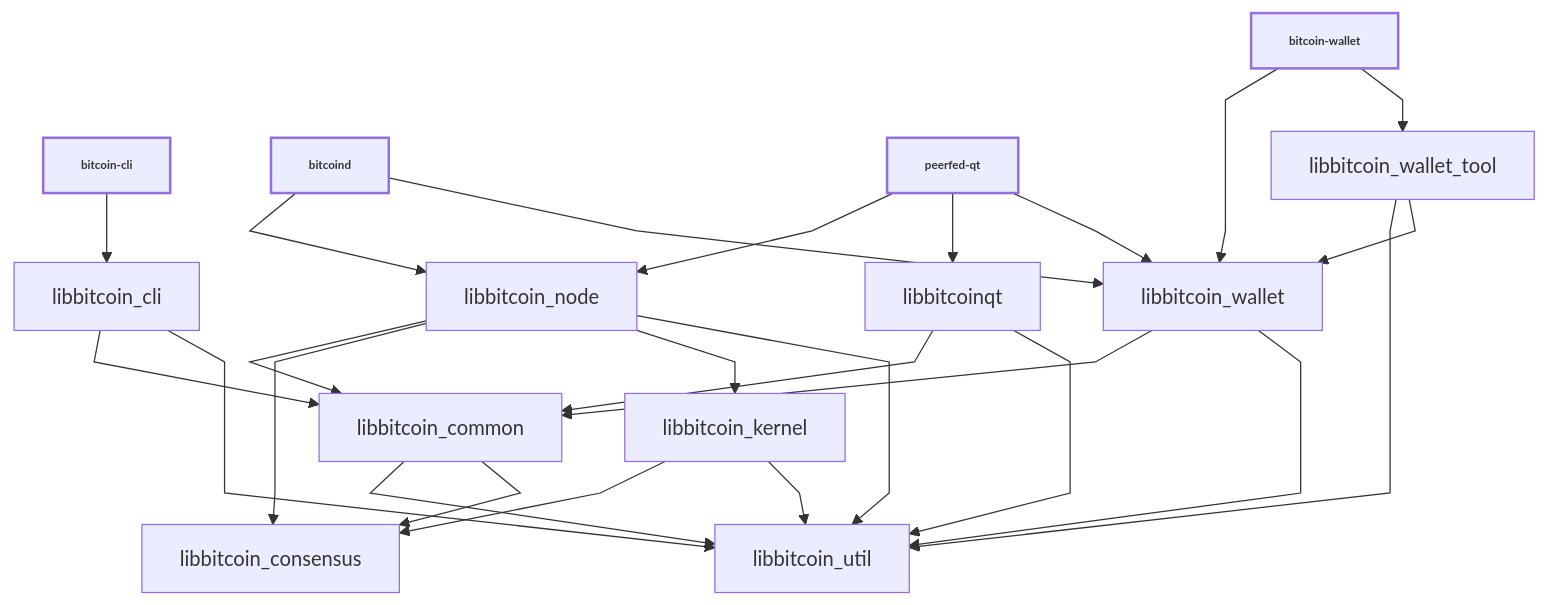
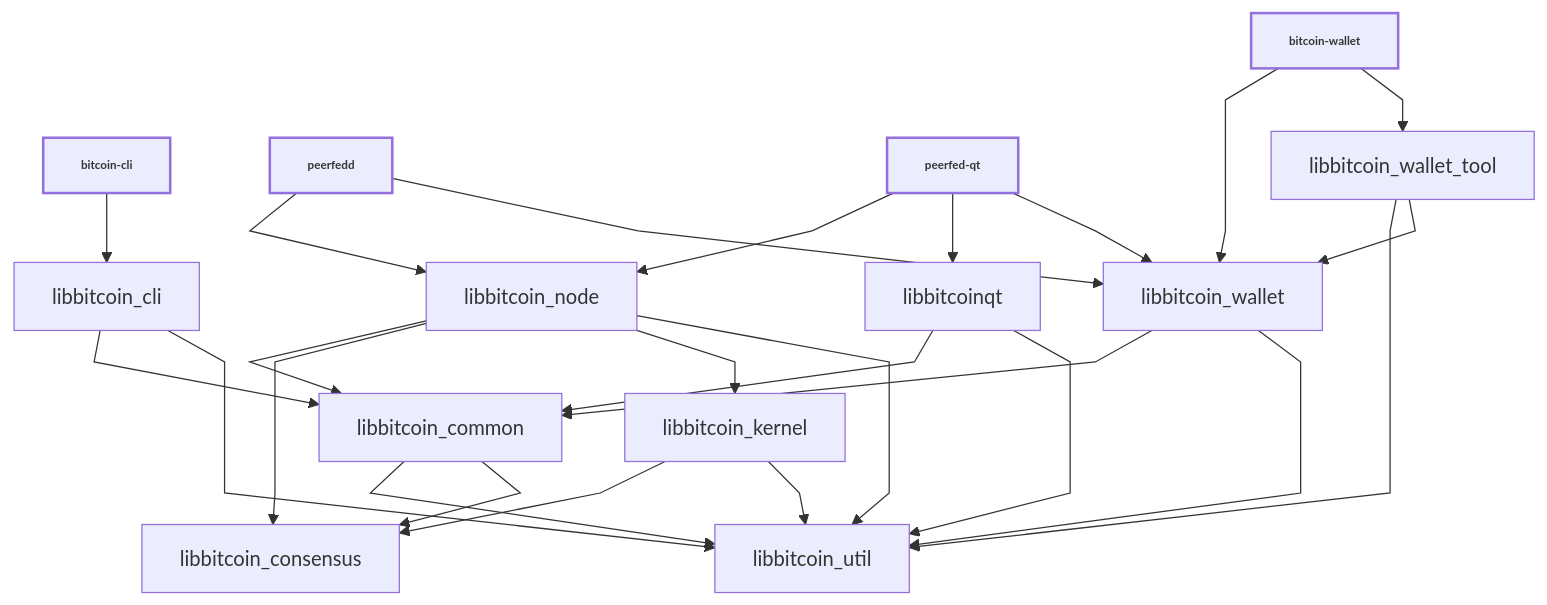
One commit to joshdoman/peerfed changed the diagram in doc/design/libraries.md. Above: the diagram before and after it, drawn with Mermaid. The commit also changed other lines of this file and 195 other files, not shown here.

````diff
--- a/doc/design/libraries.md
+++ b/doc/design/libraries.md
@@ -36,44 +36,44 @@
 ```mermaid
 
 %%{ init : { "flowchart" : { "curve" : "linear" }}}%%
 
 graph TD;
 
 bitcoin-cli[bitcoin-cli]-->libbitcoin_cli;
 
-bitcoind[bitcoind]-->libbitcoin_node;
-bitcoind[bitcoind]-->libbitcoin_wallet;
+peerfedd[peerfedd]-->libbitcoin_node;
+peerfedd[peerfedd]-->libbitcoin_wallet;
 
 peerfed-qt[peerfed-qt]-->libbitcoin_node;
 peerfed-qt[peerfed-qt]-->libbitcoinqt;
 peerfed-qt[peerfed-qt]-->libbitcoin_wallet;
 
 bitcoin-wallet[bitcoin-wallet]-->libbitcoin_wallet;
 bitcoin-wallet[bitcoin-wallet]-->libbitcoin_wallet_tool;
 
 libbitcoin_cli-->libbitcoin_common;
 libbitcoin_cli-->libbitcoin_util;
 
 libbitcoin_common-->libbitcoin_util;
 libbitcoin_common-->libbitcoin_consensus;
 
 libbitcoin_kernel-->libbitcoin_consensus;
 libbitcoin_kernel-->libbitcoin_util;
 
 libbitcoin_node-->libbitcoin_common;
 libbitcoin_node-->libbitcoin_consensus;
 libbitcoin_node-->libbitcoin_kernel;
 libbitcoin_node-->libbitcoin_util;
 
 libbitcoinqt-->libbitcoin_common;
 libbitcoinqt-->libbitcoin_util;
 
 libbitcoin_wallet-->libbitcoin_common;
 libbitcoin_wallet-->libbitcoin_util;
 
 libbitcoin_wallet_tool-->libbitcoin_util;
 libbitcoin_wallet_tool-->libbitcoin_wallet;
 
 classDef bold stroke-width:2px, font-weight:bold, font-size: smaller;
-class peerfed-qt,bitcoind,bitcoin-cli,bitcoin-wallet bold
+class peerfed-qt,peerfedd,bitcoin-cli,bitcoin-wallet bold
 ```
````
